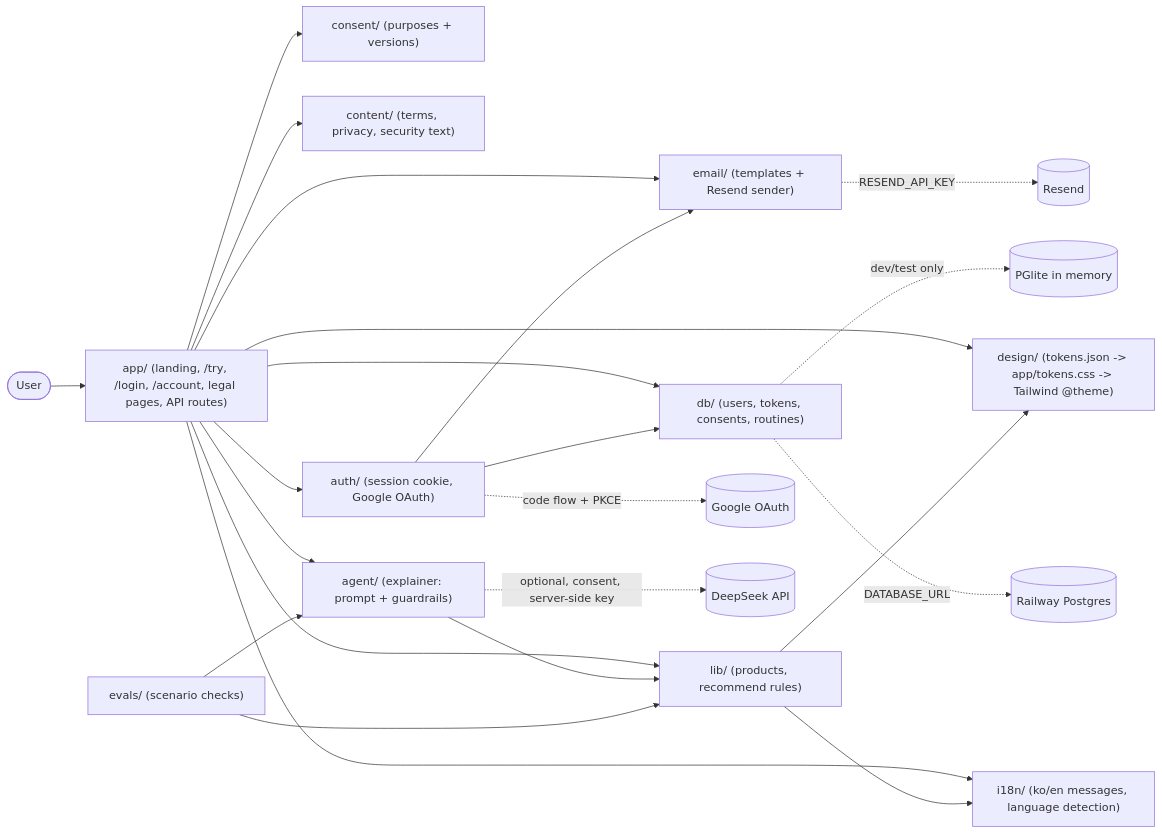
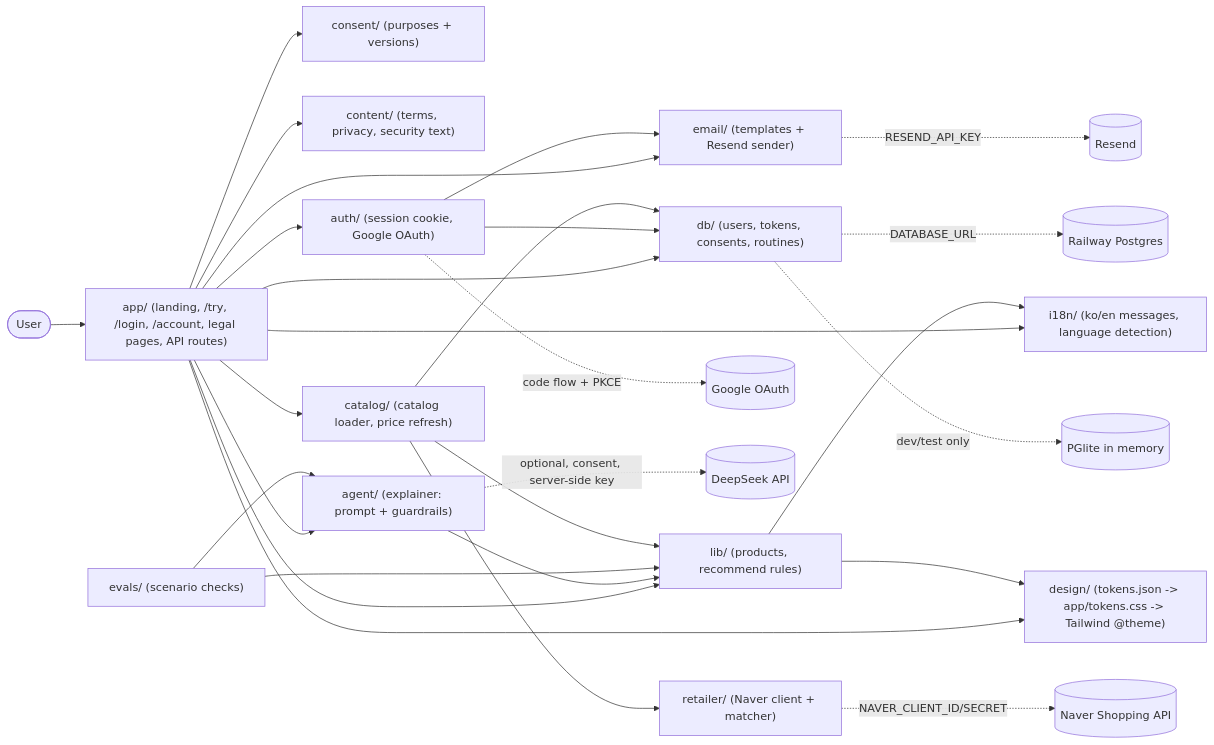
Before and after one commit to donkimc/beautyscanner: the diagram in architecture/diagram.mmd, drawn with Mermaid. The commit also changed 40 other files, not shown here.

First line of the commit message:
Naver Shopping pipeline: search, match, admin approval, real products, price refresh

```diff
--- a/architecture/diagram.mmd
+++ b/architecture/diagram.mmd
@@ -1,23 +1,28 @@
 flowchart LR
   user([User]) --> app["app/ (landing, /try, /login, /account, legal pages, API routes)"]
   app --> i18n["i18n/ (ko/en messages, language detection)"]
   app --> consent["consent/ (purposes + versions)"]
   app --> content["content/ (terms, privacy, security text)"]
   app --> lib["lib/ (products, recommend rules)"]
   app --> agent["agent/ (explainer: prompt + guardrails)"]
   app --> authlayer["auth/ (session cookie, Google OAuth)"]
   app --> db["db/ (users, tokens, consents, routines)"]
   app --> email["email/ (templates + Resend sender)"]
   app --> design["design/ (tokens.json -> app/tokens.css -> Tailwind @theme)"]
   authlayer --> db
   authlayer --> email
   agent --> lib
   lib --> design
   lib --> i18n
   db -. "DATABASE_URL" .-> pg[(Railway Postgres)]
   db -. "dev/test only" .-> pglite[(PGlite in memory)]
   email -. "RESEND_API_KEY" .-> resend[(Resend)]
   authlayer -. "code flow + PKCE" .-> google[(Google OAuth)]
   agent -. "optional, consent, server-side key" .-> deepseek[(DeepSeek API)]
   evals["evals/ (scenario checks)"] --> lib
   evals --> agent
+  app --> catalog["catalog/ (catalog loader, price refresh)"]
+  catalog --> db
+  catalog --> lib
+  catalog --> retailer["retailer/ (Naver client + matcher)"]
+  retailer -. "NAVER_CLIENT_ID/SECRET" .-> naver[(Naver Shopping API)]
```
